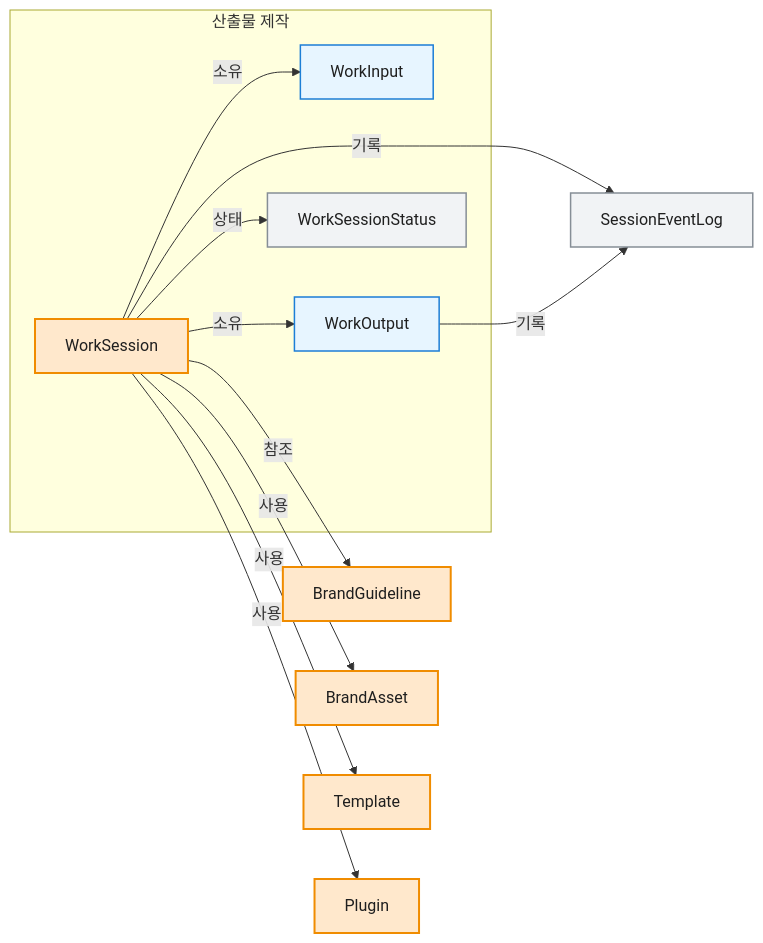
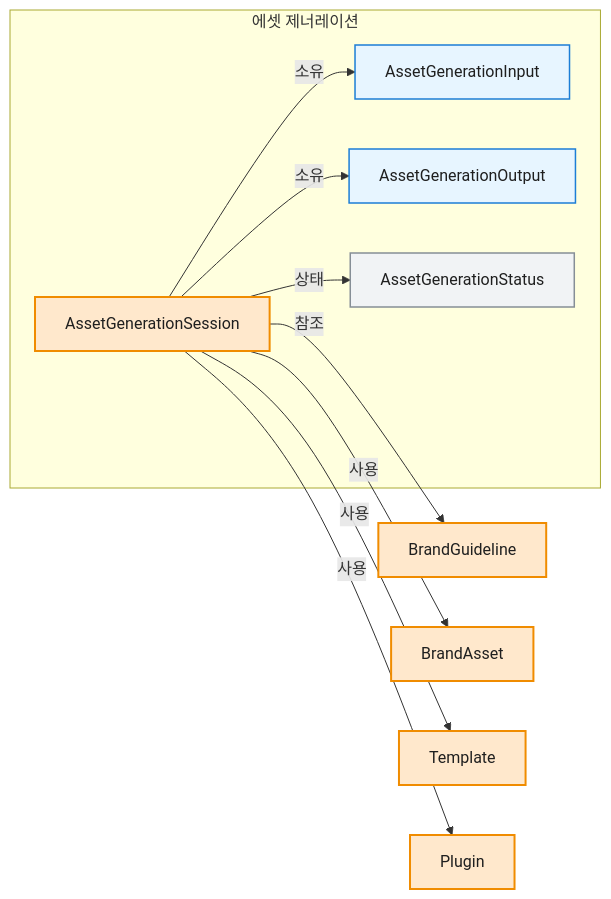
The fourth of 5 diagrams in docs/04-domain-model.md (ewoooo/living-brand-system), drawn with Mermaid before and after one commit. The commit also changed other lines of this file and 22 other files, not shown here.

````diff
--- a/docs/04-domain-model.md
+++ b/docs/04-domain-model.md
@@ -338,33 +330,30 @@
 ```mermaid
 flowchart LR
-  subgraph WorkCreation["산출물 제작"]
-    WorkSession["WorkSession"]
-    WorkInput["WorkInput"]
-    WorkOutput["WorkOutput"]
-    WorkSessionStatus["WorkSessionStatus"]
+  subgraph AssetGeneration["에셋 제너레이션"]
+    AssetGenerationSession["AssetGenerationSession"]
+    AssetGenerationInput["AssetGenerationInput"]
+    AssetGenerationOutput["AssetGenerationOutput"]
+    AssetGenerationStatus["AssetGenerationStatus"]
   end
 
-  SessionEventLog["SessionEventLog"]
   BrandGuideline["BrandGuideline"]
   BrandAsset["BrandAsset"]
   Template["Template"]
   Plugin["Plugin"]
 
-  WorkSession -->|"참조"| BrandGuideline
-  WorkSession -->|"사용"| BrandAsset
-  WorkSession -->|"사용"| Template
-  WorkSession -->|"사용"| Plugin
-  WorkSession -->|"소유"| WorkInput
-  WorkSession -->|"소유"| WorkOutput
-  WorkSession -->|"상태"| WorkSessionStatus
-  WorkSession -->|"기록"| SessionEventLog
-  WorkOutput -->|"기록"| SessionEventLog
+  AssetGenerationSession -->|"참조"| BrandGuideline
+  AssetGenerationSession -->|"사용"| BrandAsset
+  AssetGenerationSession -->|"사용"| Template
+  AssetGenerationSession -->|"사용"| Plugin
+  AssetGenerationSession -->|"소유"| AssetGenerationInput
+  AssetGenerationSession -->|"소유"| AssetGenerationOutput
+  AssetGenerationSession -->|"상태"| AssetGenerationStatus
 
   classDef aggregate fill:#FFE8CC,stroke:#F08C00,stroke-width:2px,color:#1F1F1F;
   classDef entity fill:#E7F5FF,stroke:#1C7ED6,stroke-width:1.5px,color:#1F1F1F;
   classDef record fill:#F1F3F5,stroke:#868E96,stroke-width:1.5px,color:#1F1F1F;
 
-  class WorkSession,BrandGuideline,BrandAsset,Template,Plugin aggregate;
-  class WorkInput,WorkOutput entity;
-  class WorkSessionStatus,SessionEventLog record;
+  class AssetGenerationSession,BrandGuideline,BrandAsset,Template,Plugin aggregate;
+  class AssetGenerationInput,AssetGenerationOutput entity;
+  class AssetGenerationStatus record;
 ```
````
